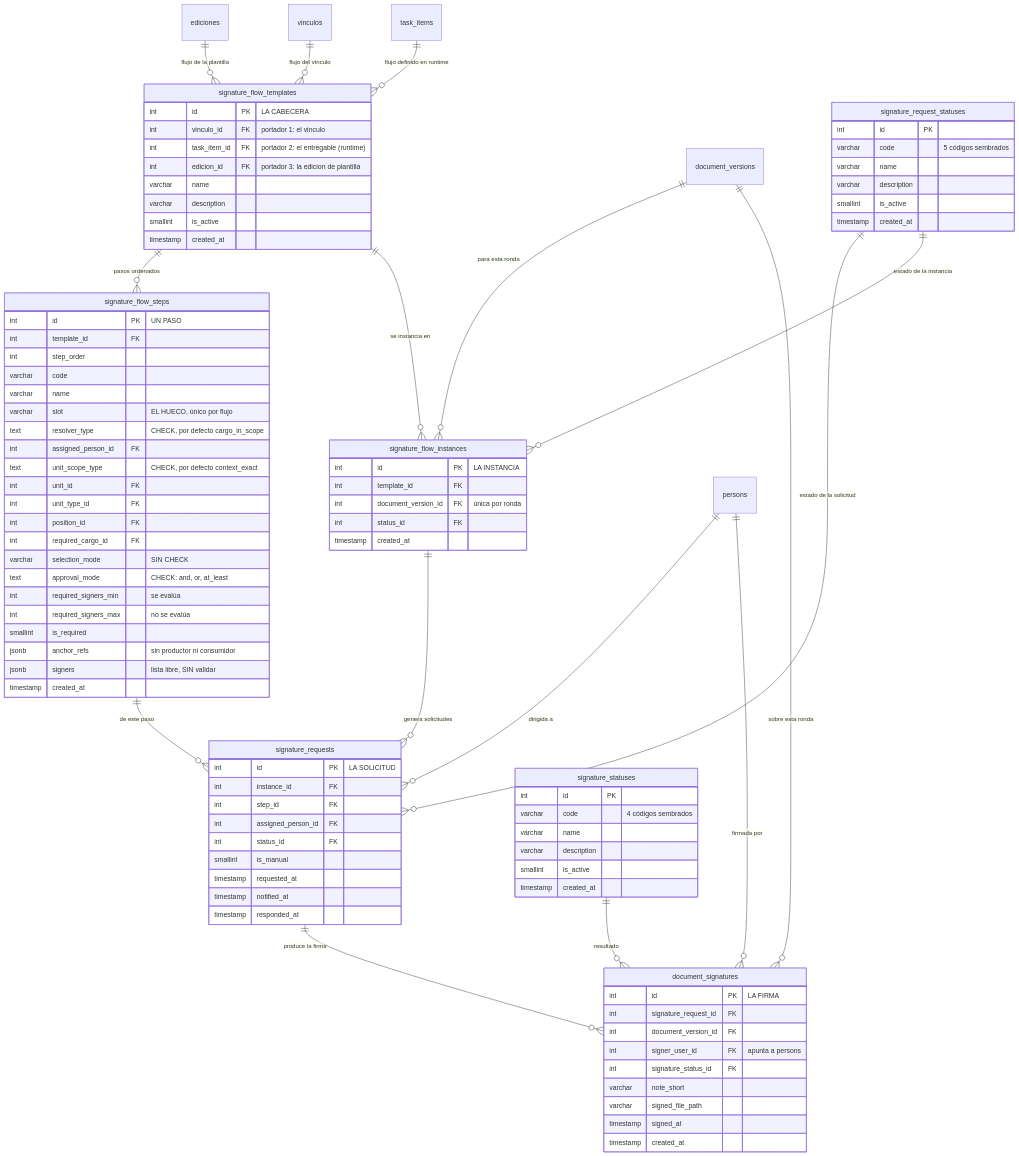
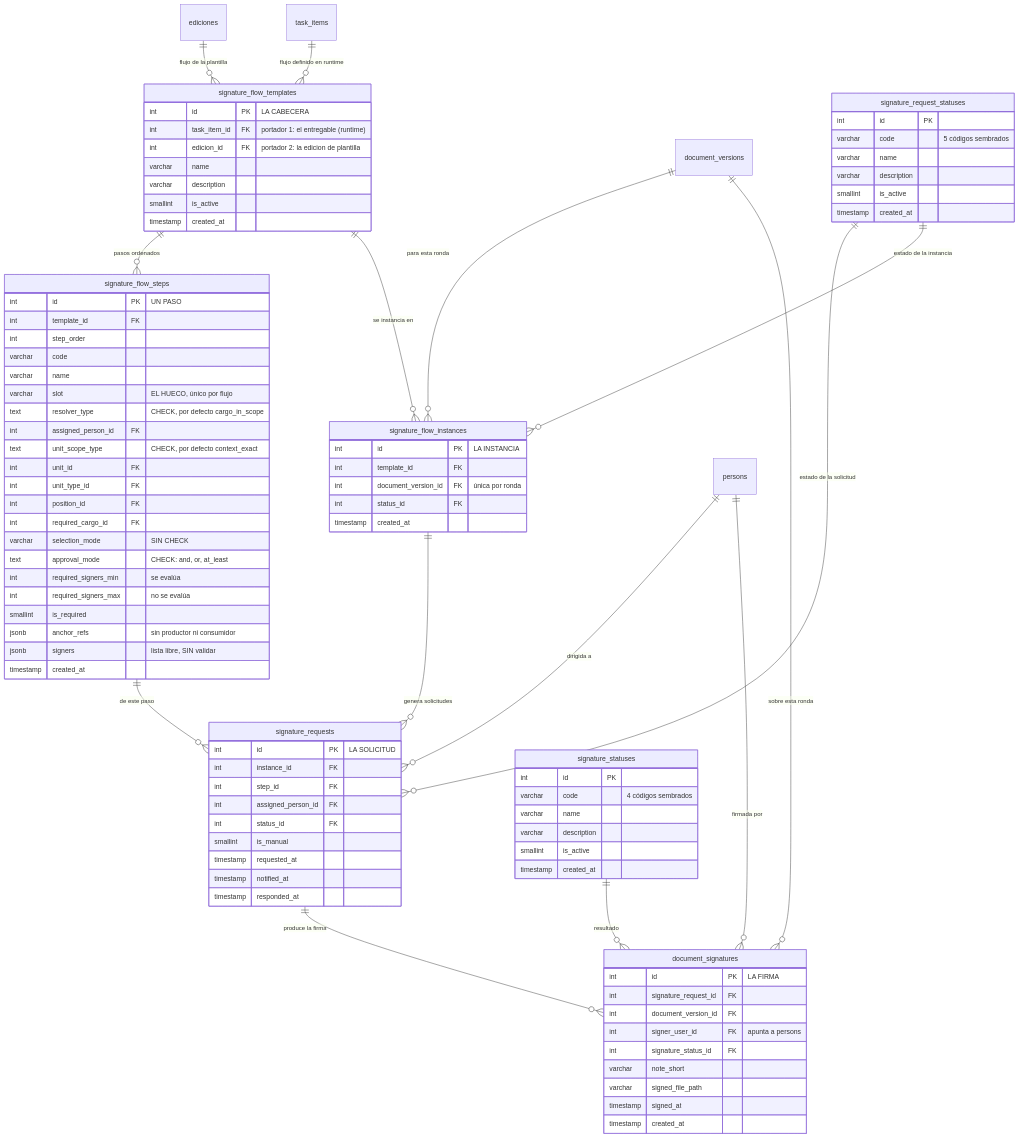
The diagram in docs/src/content/docs/modelo/flujo-de-firma.md (fresvel/deasy), drawn with Mermaid before and after one commit. The commit also changed other lines of this file and 41 other files, not shown here.

````diff
--- a/docs/src/content/docs/modelo/flujo-de-firma.md
+++ b/docs/src/content/docs/modelo/flujo-de-firma.md
@@ -119,7 +120,6 @@
 ```mermaid
 erDiagram
   ediciones ||--o{ signature_flow_templates : "flujo de la plantilla"
-  vinculos ||--o{ signature_flow_templates : "flujo del vínculo"
   task_items ||--o{ signature_flow_templates : "flujo definido en runtime"
   signature_flow_templates ||--o{ signature_flow_steps : "pasos ordenados"
   signature_flow_templates ||--o{ signature_flow_instances : "se instancia en"
@@ -136,9 +136,8 @@
 
   signature_flow_templates {
     int id PK "LA CABECERA"
-    int vinculo_id FK "portador 1: el vinculo"
-    int task_item_id FK "portador 2: el entregable (runtime)"
-    int edicion_id FK "portador 3: la edicion de plantilla"
+    int task_item_id FK "portador 1: el entregable (runtime)"
+    int edicion_id FK "portador 2: la edicion de plantilla"
     varchar name
     varchar description
     smallint is_active
````
